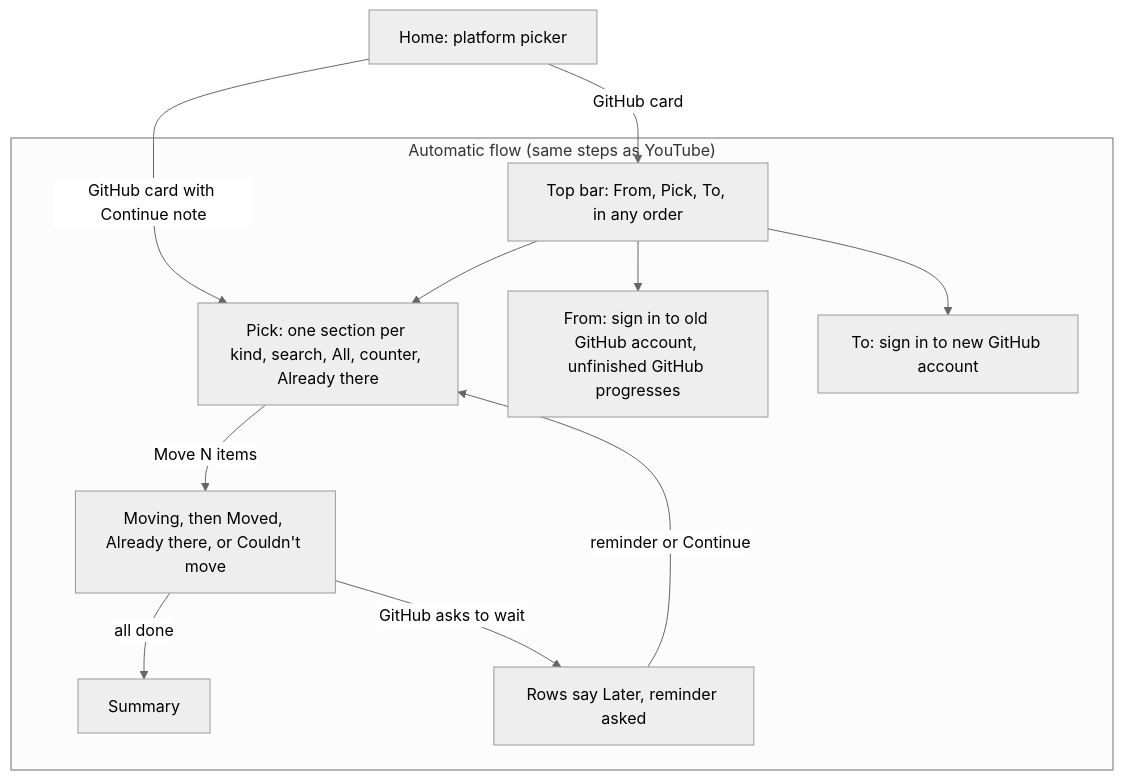
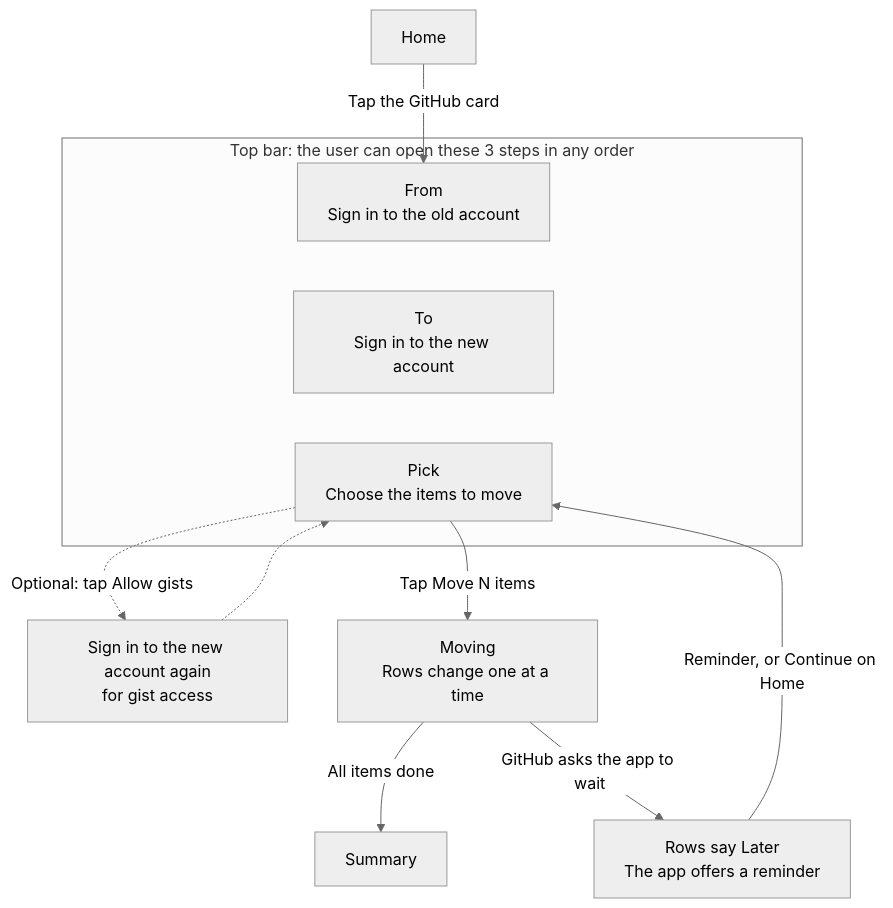
The first of 4 diagrams in specs/008-github-platform/spec.md (Dodo-Tech-Hub/magpie), drawn with Mermaid (neutral theme) before and after one commit. The commit also changed other lines of this file, not shown here.

Commit message:
docs(spec): split 008 diagrams into screens, move, and sign-in

````diff
--- a/specs/008-github-platform/spec.md
+++ b/specs/008-github-platform/spec.md
@@ -52,16 +52,18 @@
 ```mermaid
 flowchart TD
-    Home["Home: platform picker"] -->|GitHub card| Bar
-    Home -->|GitHub card with Continue note| Pick
+    Home["Home"] -->|Tap the GitHub card| From
 
-    subgraph Auto["Automatic flow (same steps as YouTube)"]
-        Bar["Top bar: From, Pick, To, in any order"]
-        Bar --> From["From: sign in to old GitHub account, unfinished GitHub progresses"]
-        Bar --> Pick["Pick: one section per kind, search, All, counter, Already there"]
-        Bar --> To["To: sign in to new GitHub account"]
-        Pick -->|Move N items| Moving["Moving, then Moved, Already there, or Couldn't move"]
-        Moving -->|all done| Summary["Summary"]
-        Moving -->|GitHub asks to wait| Wait["Rows say Later, reminder asked"]
-        Wait -->|reminder or Continue| Pick
+    subgraph Steps["Top bar: the user can open these 3 steps in any order"]
+        From["From<br/>Sign in to the old account"]
+        To["To<br/>Sign in to the new account"]
+        Pick["Pick<br/>Choose the items to move"]
+        From ~~~ To ~~~ Pick
     end
+
+    Pick -.->|Optional: tap Allow gists| Gists["Sign in to the new account again<br/>for gist access"]
+    Gists -.-> Pick
+    Pick -->|Tap Move N items| Moving["Moving<br/>Rows change one at a time"]
+    Moving -->|All items done| Summary["Summary"]
+    Moving -->|GitHub asks the app to wait| Later["Rows say Later<br/>The app offers a reminder"]
+    Later -->|Reminder, or Continue on Home| Pick
 ```
````
